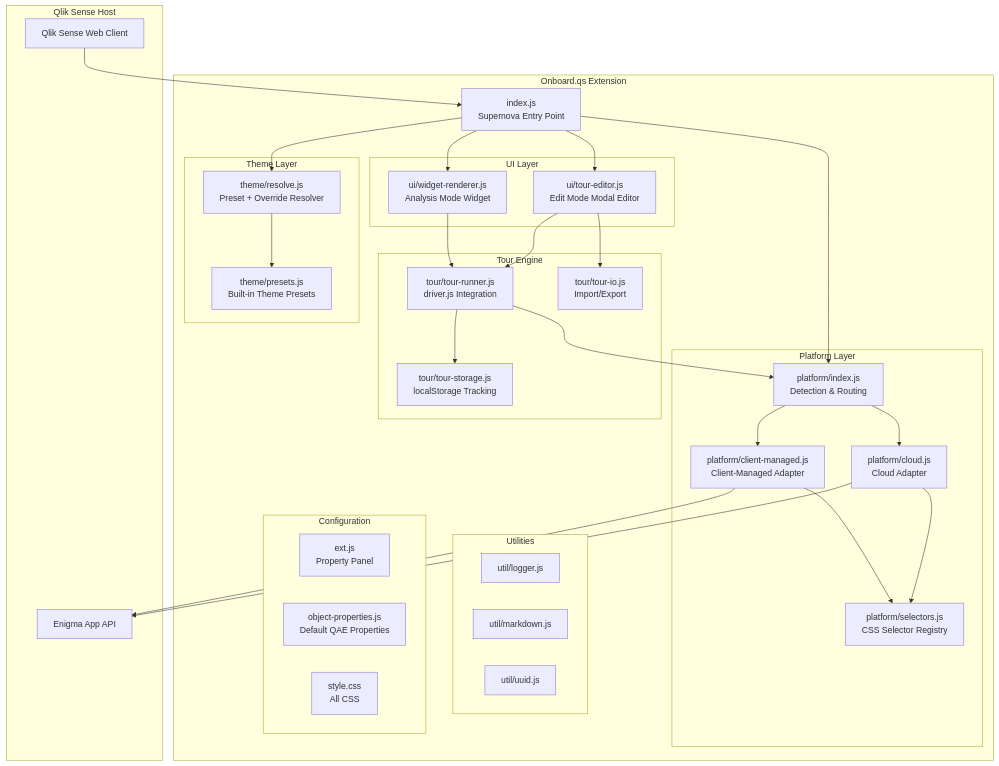
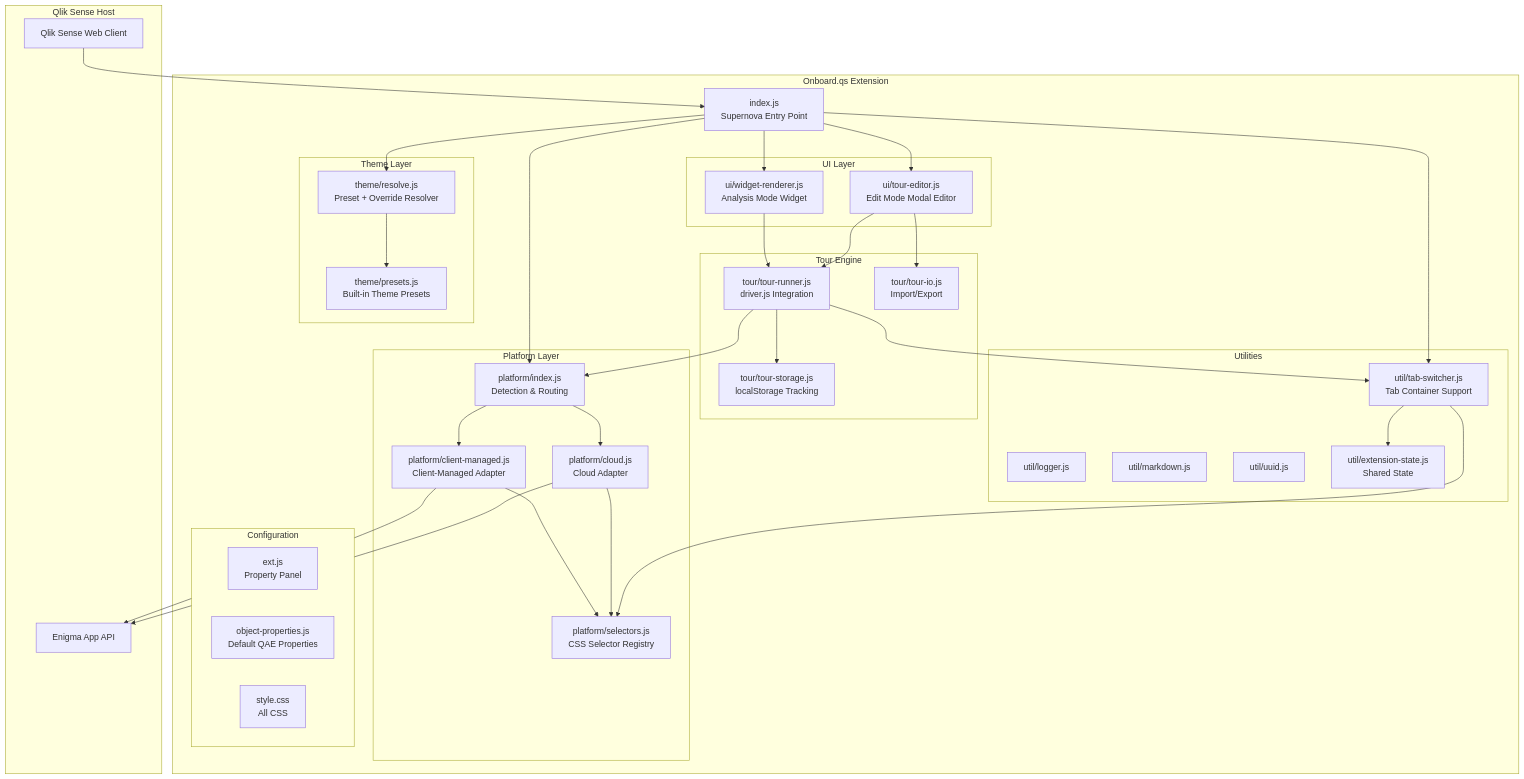
One commit to ptarmiganlabs/onboard.qs changed the first of 5 diagrams in docs/ARCHITECTURE.md. Above: the diagram before and after it, drawn with Mermaid. The commit also changed other lines of this file and 14 other files, not shown here.

Commit message:
feat: Add support for tab containers in tour steps Implements #145

````diff
--- a/docs/ARCHITECTURE.md
+++ b/docs/ARCHITECTURE.md
@@ -11,64 +11,70 @@
 ```mermaid
 graph TD
     subgraph "Qlik Sense Host"
         QS[Qlik Sense Web Client]
         EA[Enigma App API]
     end
 
     subgraph "Onboard.qs Extension"
         EP[index.js<br/>Supernova Entry Point]
 
         subgraph "Platform Layer"
             PI[platform/index.js<br/>Detection & Routing]
             CM[platform/client-managed.js<br/>Client-Managed Adapter]
             CL[platform/cloud.js<br/>Cloud Adapter]
             SE[platform/selectors.js<br/>CSS Selector Registry]
         end
 
         subgraph "Tour Engine"
             TR[tour/tour-runner.js<br/>driver.js Integration]
             TS[tour/tour-storage.js<br/>localStorage Tracking]
             TI[tour/tour-io.js<br/>Import/Export]
         end
 
         subgraph "UI Layer"
             WR[ui/widget-renderer.js<br/>Analysis Mode Widget]
             TE[ui/tour-editor.js<br/>Edit Mode Modal Editor]
         end
 
         subgraph "Theme Layer"
             TH[theme/resolve.js<br/>Preset + Override Resolver]
             TP[theme/presets.js<br/>Built-in Theme Presets]
         end
 
         subgraph "Utilities"
             LG[util/logger.js]
             MD[util/markdown.js]
             UU[util/uuid.js]
+            XS[util/extension-state.js<br/>Shared State]
+            TB[util/tab-switcher.js<br/>Tab Container Support]
         end
 
         subgraph "Configuration"
             EX[ext.js<br/>Property Panel]
             OP[object-properties.js<br/>Default QAE Properties]
             ST[style.css<br/>All CSS]
         end
     end
 
     QS --> EP
     EP --> PI
     PI --> CM
     PI --> CL
     CM --> SE
     CL --> SE
     CM --> EA
     CL --> EA
     EP --> WR
     EP --> TE
     EP --> TH
     TH --> TP
     WR --> TR
     TR --> TS
     TE --> TR
     TE --> TI
+    TR --> TB
+    TB --> XS
+    TB --> SE
+    EP --> TB
     TR --> PI
 ```
````
